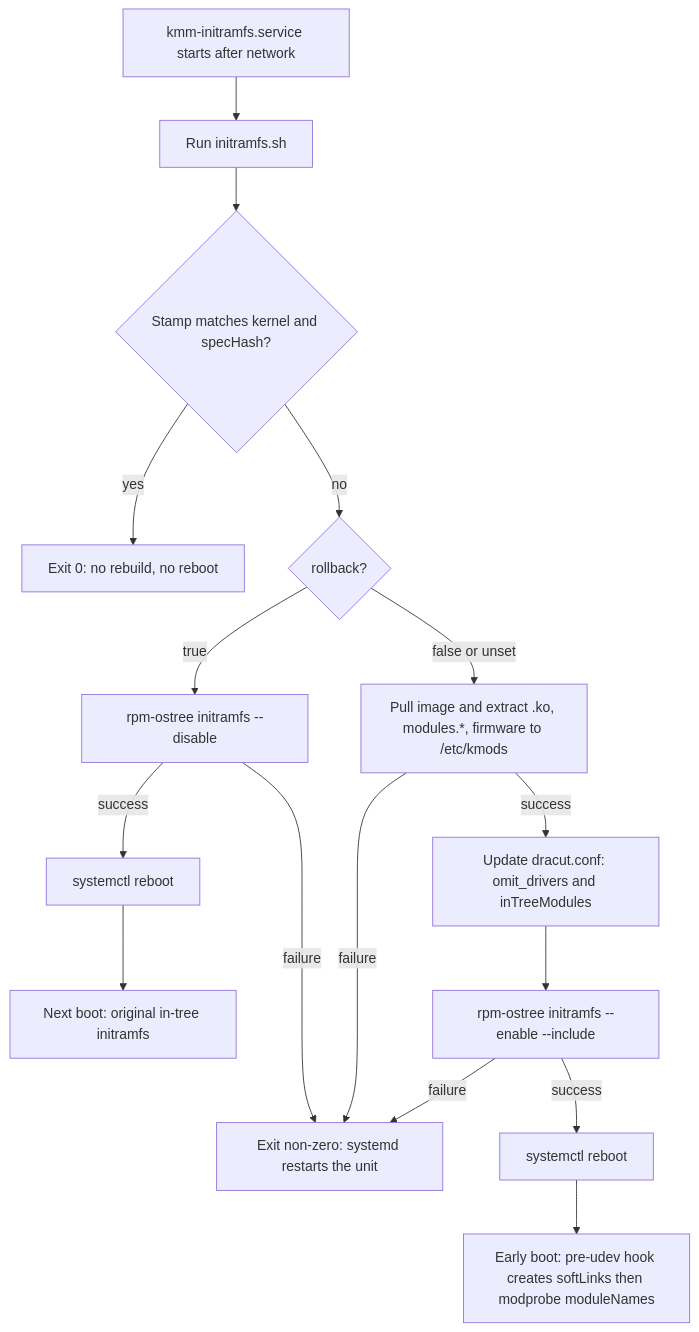
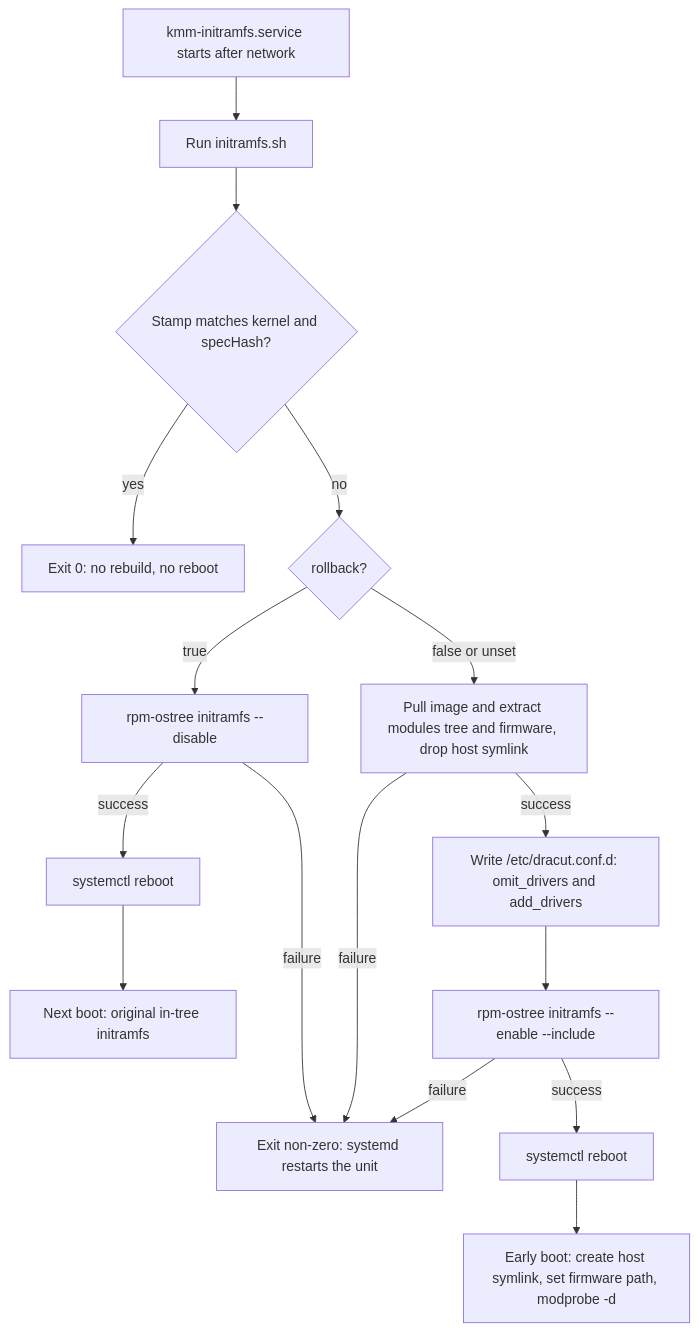
Before and after one commit to rh-ecosystem-edge/kernel-module-management: the third of 3 diagrams in docs/enhancements/0007-initramfs-oot-modules-design.md, drawn with Mermaid. The commit also changed other lines of this file, not shown here.

````diff
--- a/docs/enhancements/0007-initramfs-oot-modules-design.md
+++ b/docs/enhancements/0007-initramfs-oot-modules-design.md
@@ -212,32 +224,32 @@
 ```mermaid
 flowchart TD
   start["kmm-initramfs.service starts after network"]
   run["Run initramfs.sh"]
   stamp{Stamp matches kernel and specHash?}
   idle["Exit 0: no rebuild, no reboot"]
   rb{rollback?}
   disable["rpm-ostree initramfs --disable"]
   rebootOff["systemctl reboot"]
   orig["Next boot: original in-tree initramfs"]
   fail["Exit non-zero: systemd restarts the unit"]
-  pull["Pull image and extract .ko, modules.*, firmware to /etc/kmods"]
-  dracut["Update dracut.conf: omit_drivers and inTreeModules"]
+  pull["Pull image and extract modules tree and firmware, drop host symlink"]
+  dracut["Write /etc/dracut.conf.d: omit_drivers and add_drivers"]
   enable["rpm-ostree initramfs --enable --include"]
   rebootOn["systemctl reboot"]
-  hook["Early boot: pre-udev hook creates softLinks then modprobe moduleNames"]
+  hook["Early boot: create host symlink, set firmware path, modprobe -d"]
   start --> run
   run --> stamp
   stamp -->|yes| idle
   stamp -->|no| rb
   rb -->|true| disable
   disable -->|success| rebootOff
   disable -->|failure| fail
   rebootOff --> orig
   rb -->|false or unset| pull
   pull -->|success| dracut
   pull -->|failure| fail
   dracut --> enable
   enable -->|success| rebootOn
   enable -->|failure| fail
   rebootOn --> hook
 ```
````
